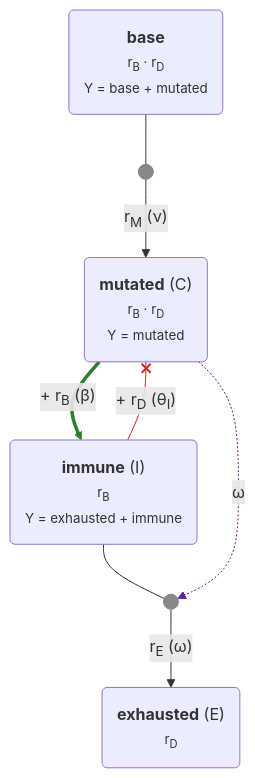
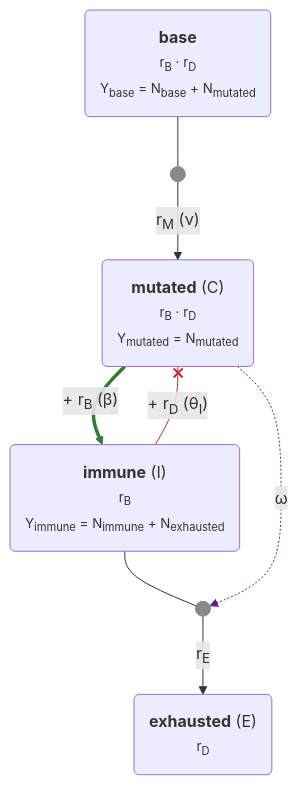
Before and after one commit to pujana-lab/stochastic_sim: the diagram in docs/model_diagram.mmd, drawn with Mermaid. The commit also changed 15 other files, not shown here.

```diff
--- a/docs/model_diagram.mmd
+++ b/docs/model_diagram.mmd
@@ -1,22 +1,22 @@
 %% AUTO-GENERATED by scripts/model_diagram.py from src/gillespie/clone.py
 %% and simulation_config.py. Do not edit by hand: run `make diagram`.
 flowchart TB
-    base("<b>base</b><br/><small>r<sub>B</sub> · r<sub>D</sub></small><br/><small>Y = base + mutated</small>")
+    base("<b>base</b><br/><small>r<sub>B</sub> · r<sub>D</sub></small><br/><small>Y<sub>base</sub> = N<sub>base</sub> + N<sub>mutated</sub></small>")
     mut_base(( ))
-    mutated("<b>mutated</b> (C)<br/><small>r<sub>B</sub> · r<sub>D</sub></small><br/><small>Y = mutated</small>")
-    immune("<b>immune</b> (I)<br/><small>r<sub>B</sub></small><br/><small>Y = exhausted + immune</small>")
+    mutated("<b>mutated</b> (C)<br/><small>r<sub>B</sub> · r<sub>D</sub></small><br/><small>Y<sub>mutated</sub> = N<sub>mutated</sub></small>")
+    immune("<b>immune</b> (I)<br/><small>r<sub>B</sub></small><br/><small>Y<sub>immune</sub> = N<sub>immune</sub> + N<sub>exhausted</sub></small>")
     conv_immune(( ))
     exhausted("<b>exhausted</b> (E)<br/><small>r<sub>D</sub></small>")
     base --- mut_base
     mut_base -->|"r<sub>M</sub> (ν)"| mutated
     immune --x|"+ r<sub>D</sub> (θ<sub>I</sub>)"| mutated
     immune --- conv_immune
-    conv_immune -->|"r<sub>E</sub> (ω)"| exhausted
+    conv_immune -->|"r<sub>E</sub>"| exhausted
     mutated -.->|"ω"| conv_immune
     mutated ==>|"+ r<sub>B</sub> (β)"| immune
     classDef tr fill:#888,stroke:#888,color:#888,width:6px,height:6px
     class mut_base tr
     class conv_immune tr
     linkStyle 6 stroke:#2e7d32
     linkStyle 2 stroke:#c62828
     linkStyle 5 stroke:#6a1b9a
```
